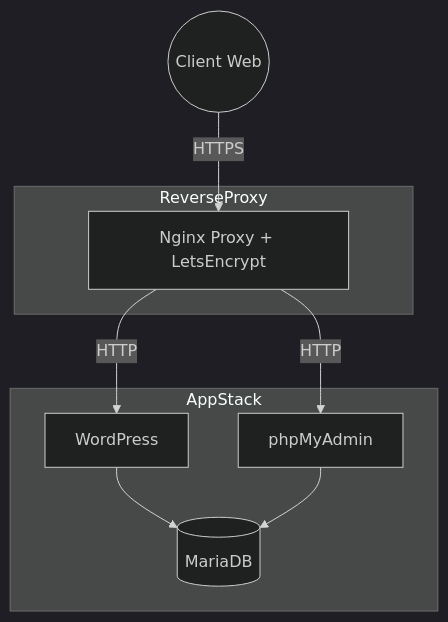
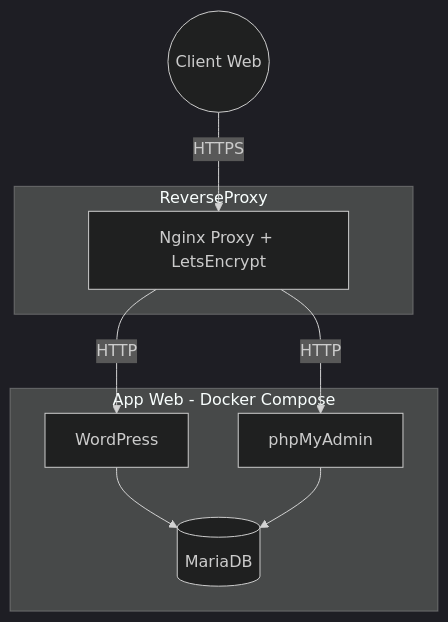
The diagram in README.md (Mateo-ynov/wordpress), drawn with Mermaid (dark theme) before and after one commit. The commit also changed other lines of this file, not shown here.

````diff
--- a/README.md
+++ b/README.md
@@ -31,17 +31,17 @@
 ```mermaid
 graph TD;
     Client((Client Web))
     
     subgraph ReverseProxy
         Proxy[Nginx Proxy + LetsEncrypt]
     end
     
-    subgraph AppStack
+    subgraph App Web - Docker Compose
         WP[WordPress] --> DB[(MariaDB)]
         PMA[phpMyAdmin] --> DB
     end
     
     Client -->|HTTPS| Proxy
     Proxy -->|HTTP| WP
     Proxy -->|HTTP| PMA
 ```
````
